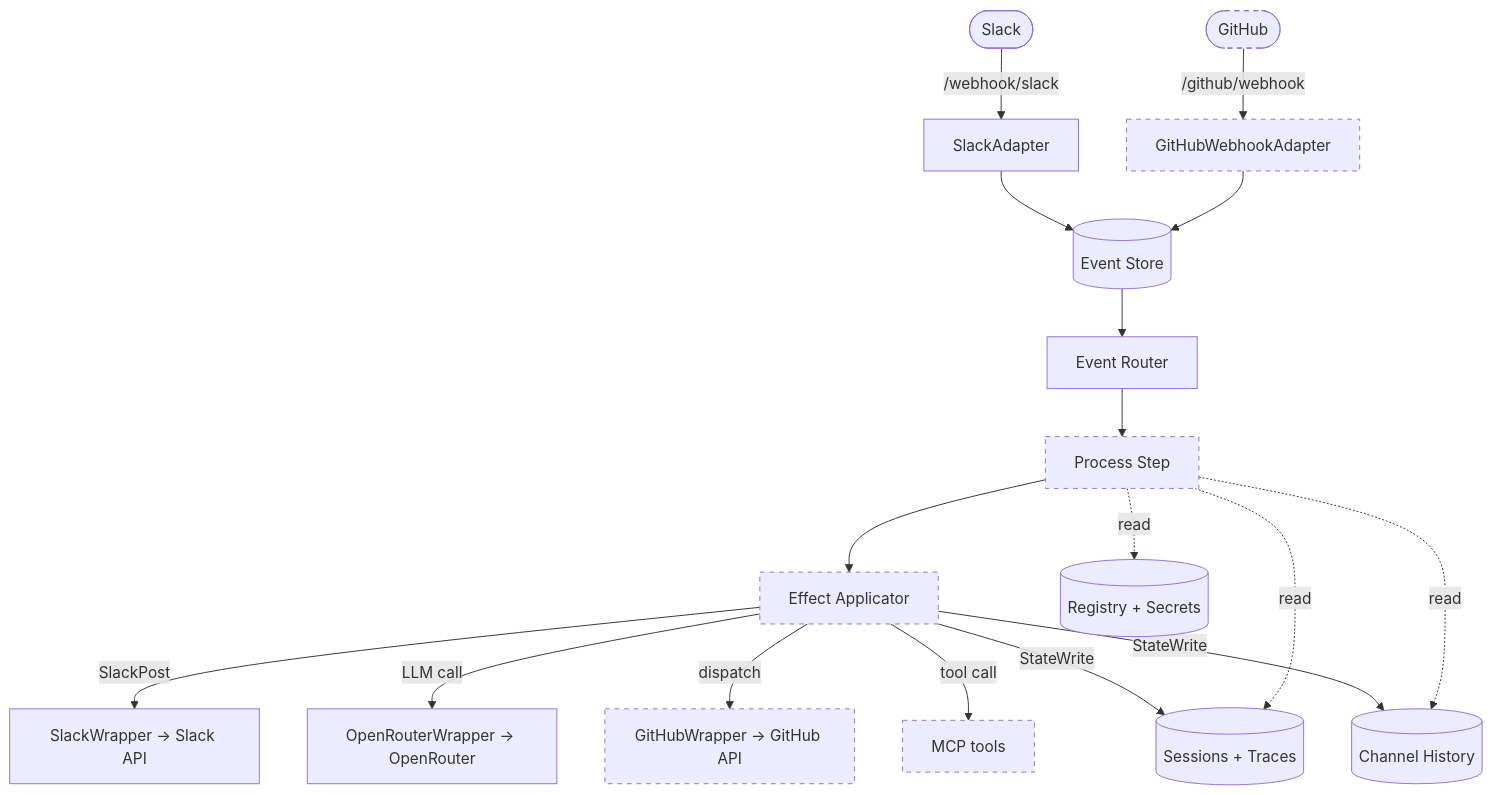
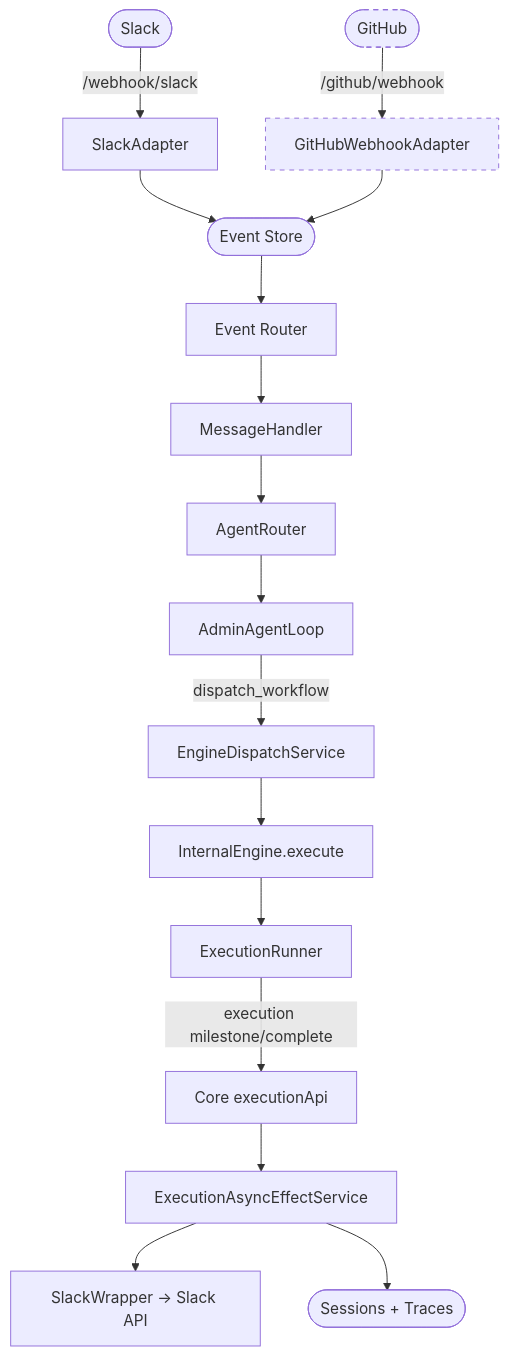
The second of 2 diagrams in ARCHITECTURE.md (Looping-AI/looping-control-plane), drawn with Mermaid before and after one commit. The commit also changed other lines of this file and 319 other files, not shown here.

````diff
--- a/ARCHITECTURE.md
+++ b/ARCHITECTURE.md
@@ -100,26 +110,22 @@
 ```mermaid
 flowchart TD
     classDef planned stroke-dasharray:5 5
 
     S([Slack]) -->|"/webhook/slack"| SA[SlackAdapter]
-    GH([GitHub]) -->|"/github/webhook"| GHA[GitHubWebhookAdapter]
+  SA --> ES(["Event Store"]) --> ER[Event Router]
+  ER --> MH[MessageHandler]
+  MH --> AR[AgentRouter]
+  AR --> AAL[AdminAgentLoop]
+  AAL -->|dispatch_workflow| EDS[EngineDispatchService]
+  EDS --> IE[InternalEngine.execute]
+  IE --> RUN[ExecutionRunner]
+  RUN -->|execution milestone/complete| EAPI[Core executionApi]
+  EAPI --> AFX[ExecutionAsyncEffectService]
+  AFX --> SW["SlackWrapper → Slack API"]
+  AFX --> SS(["Sessions + Traces"])
 
-    SA --> ES
-    GHA --> ES
-    ES[("Event Store")] --> ER[Event Router]
-    ER --> PE[Process Step] --> EA[Effect Applicator]
+  GH([GitHub]) -->|"/github/webhook"| GHA[GitHubWebhookAdapter]
+  GHA --> ES
 
-    EA -->|SlackPost| SW["SlackWrapper → Slack API"]
-    EA -->|LLM call| LLM["OpenRouterWrapper → OpenRouter"]
-    EA -->|dispatch| GHW["GitHubWrapper → GitHub API"]
-    EA -->|tool call| MCP[MCP tools]
-
-    EA -->|StateWrite| AS[("Sessions + Traces")]
-    EA -->|StateWrite| CH[("Channel History")]
-
-    PE -.->|read| AS
-    PE -.->|read| CH
-    PE -.->|read| AR[("Registry + Secrets")]
-
-    class GH,GHA,PE,EA,GHW,MCP planned
+  class GH,GHA planned
 ```
````
